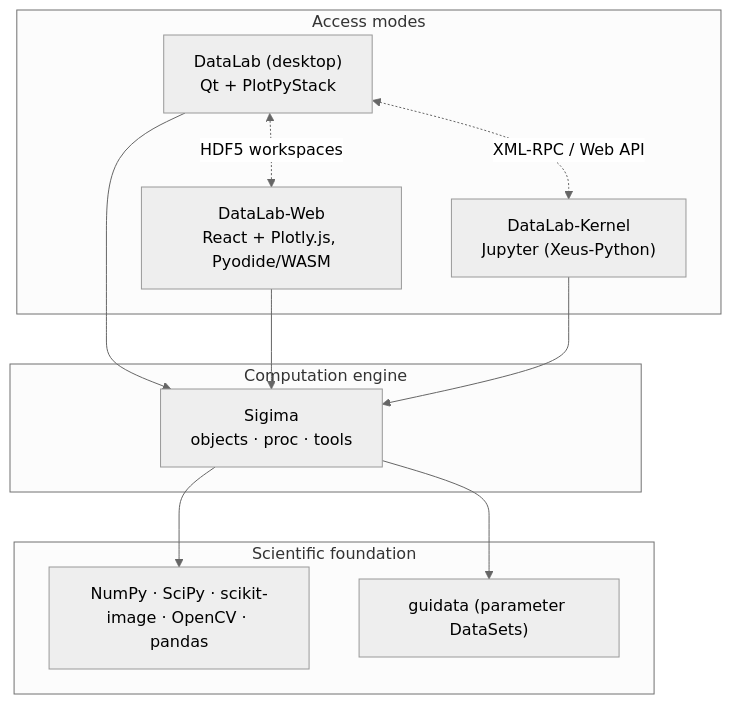
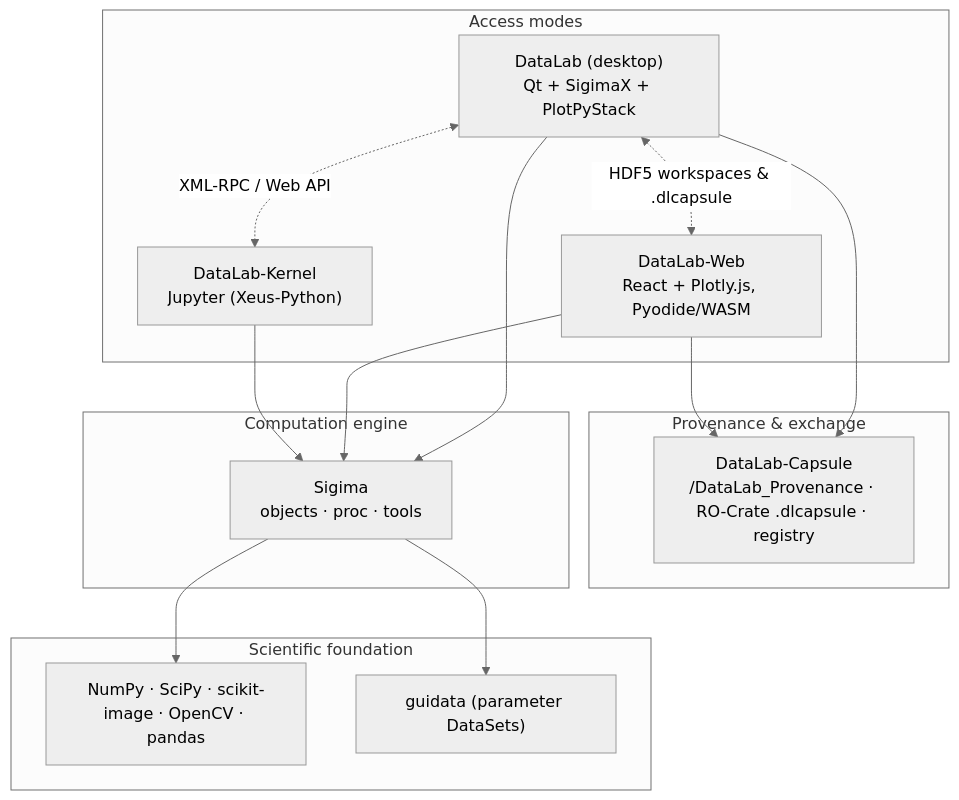
Before and after one commit to DataLab-Platform/.github: the diagram in PLATFORM.md, drawn with Mermaid (neutral theme). The commit also changed other lines of this file and 1 other file, not shown here.

Commit message:
Update PLATFORM.md and README.md to include SigimaX and DataLab-Capsule details, enhancing product descriptions and interoperability features.

````diff
--- a/PLATFORM.md
+++ b/PLATFORM.md
@@ -71,22 +83,27 @@
 ```mermaid
 flowchart TB
     subgraph Access["Access modes"]
-        DL["DataLab (desktop)<br/>Qt + PlotPyStack"]
+        DL["DataLab (desktop)<br/>Qt + SigimaX + PlotPyStack"]
         DLW["DataLab-Web<br/>React + Plotly.js, Pyodide/WASM"]
         DLK["DataLab-Kernel<br/>Jupyter (Xeus-Python)"]
+    end
+    subgraph Provenance["Provenance & exchange"]
+        DLC["DataLab-Capsule<br/>/DataLab_Provenance · RO-Crate .dlcapsule · registry"]
     end
     subgraph Engine["Computation engine"]
         SIG["Sigima<br/>objects · proc · tools"]
     end
     subgraph Foundation["Scientific foundation"]
         NP["NumPy · SciPy · scikit-image · OpenCV · pandas"]
         GD["guidata (parameter DataSets)"]
     end
     DL --> SIG
     DLW --> SIG
     DLK --> SIG
+    DL --> DLC
+    DLW --> DLC
     SIG --> NP
     SIG --> GD
     DL <-. "XML-RPC / Web API" .-> DLK
-    DL <-. "HDF5 workspaces" .-> DLW
+    DL <-. "HDF5 workspaces & .dlcapsule" .-> DLW
 ```
````
